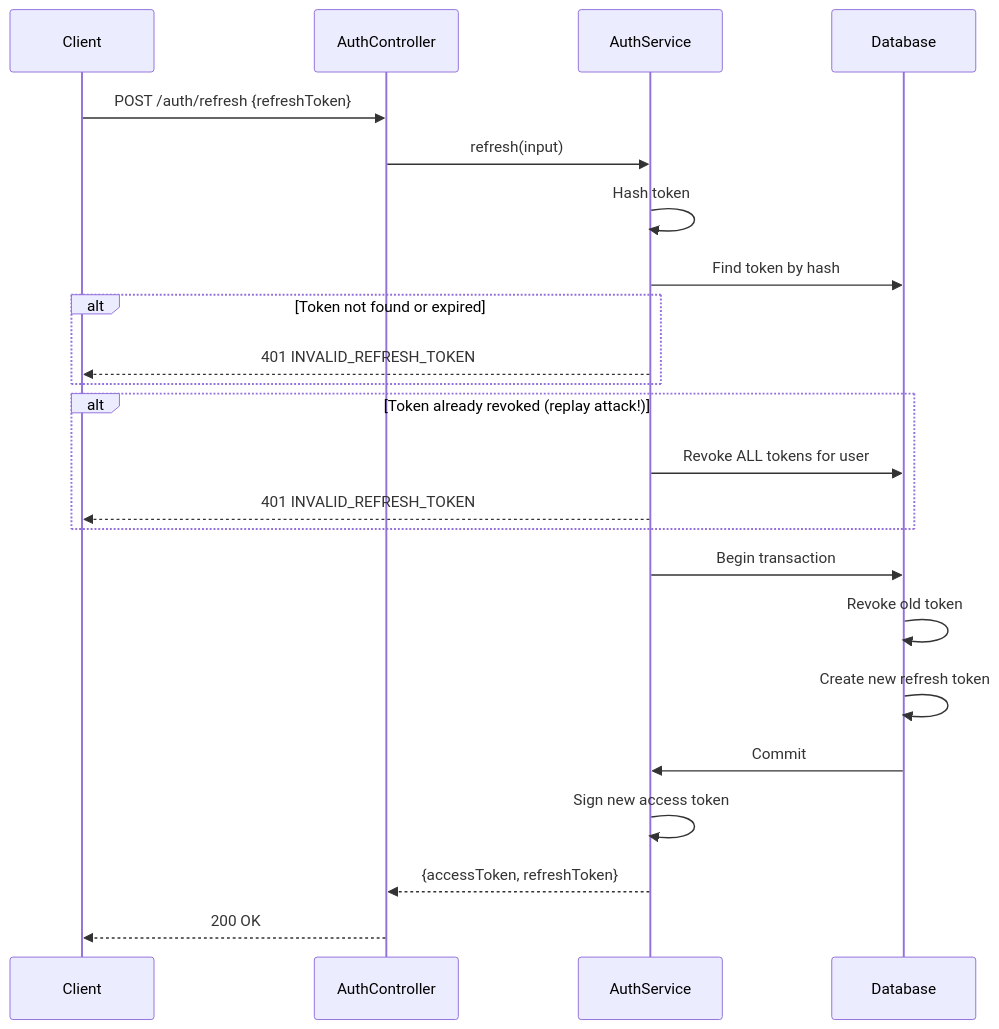
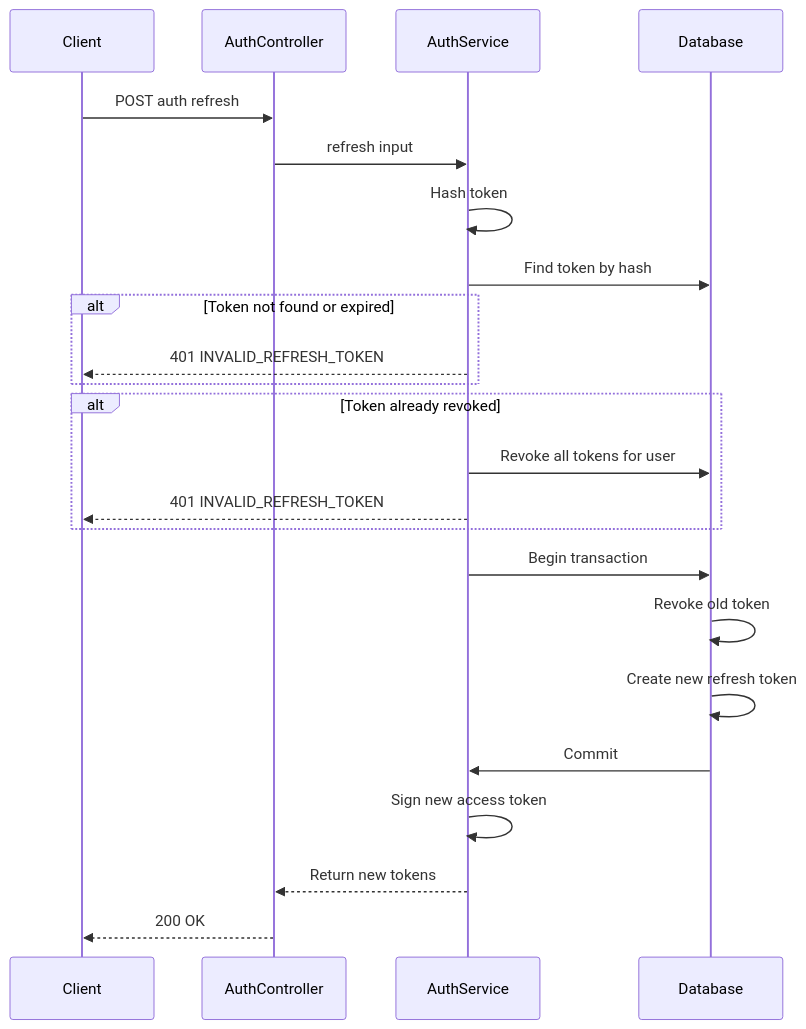
The sixth of 7 diagrams in README.md (mdfarhan9304/Invocore), drawn with Mermaid before and after one commit. The commit also changed other lines of this file, not shown here.

First line of the commit message:
Fix GitHub Mermaid diagrams that failed to render

````diff
--- a/README.md
+++ b/README.md
@@ -411,31 +411,31 @@
 ```mermaid
 sequenceDiagram
     participant Client
     participant AuthController
     participant AuthService
     participant Database
 
-    Client->>AuthController: POST /auth/refresh {refreshToken}
-    AuthController->>AuthService: refresh(input)
+    Client->>AuthController: POST auth refresh
+    AuthController->>AuthService: refresh input
 
     AuthService->>AuthService: Hash token
     AuthService->>Database: Find token by hash
 
     alt Token not found or expired
         AuthService-->>Client: 401 INVALID_REFRESH_TOKEN
     end
 
-    alt Token already revoked (replay attack!)
-        AuthService->>Database: Revoke ALL tokens for user
+    alt Token already revoked
+        AuthService->>Database: Revoke all tokens for user
         AuthService-->>Client: 401 INVALID_REFRESH_TOKEN
     end
 
     AuthService->>Database: Begin transaction
     Database->>Database: Revoke old token
     Database->>Database: Create new refresh token
     Database->>AuthService: Commit
 
     AuthService->>AuthService: Sign new access token
-    AuthService-->>AuthController: {accessToken, refreshToken}
+    AuthService-->>AuthController: Return new tokens
     AuthController-->>Client: 200 OK
 ```
````
